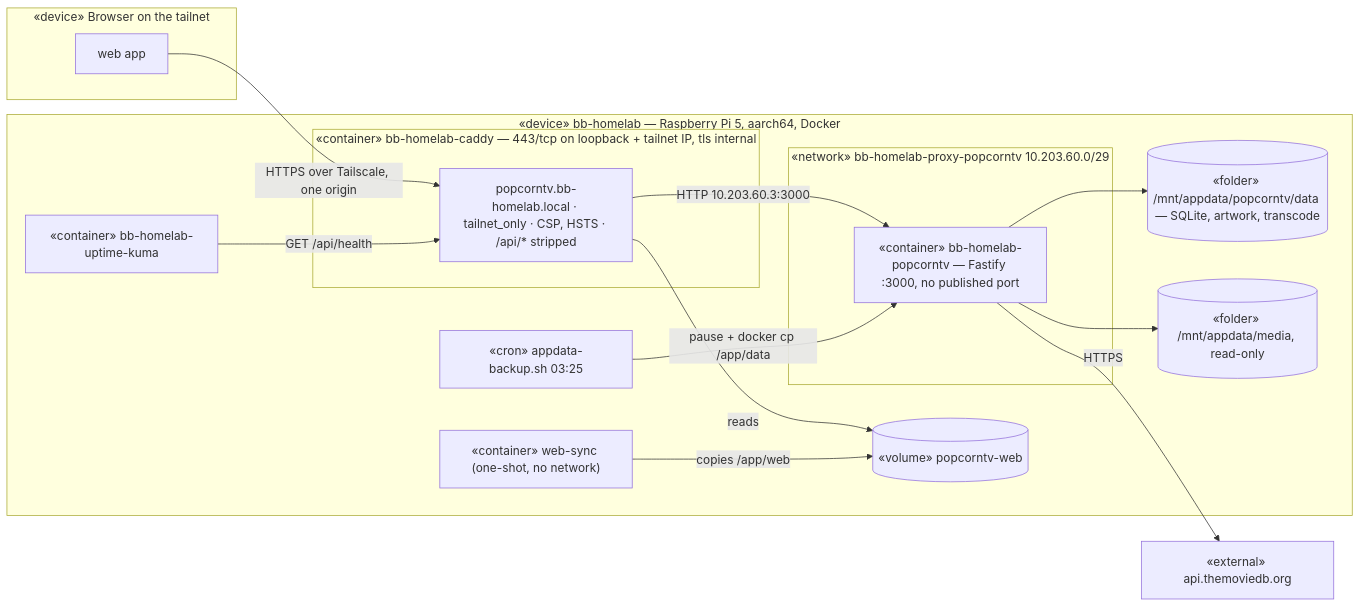
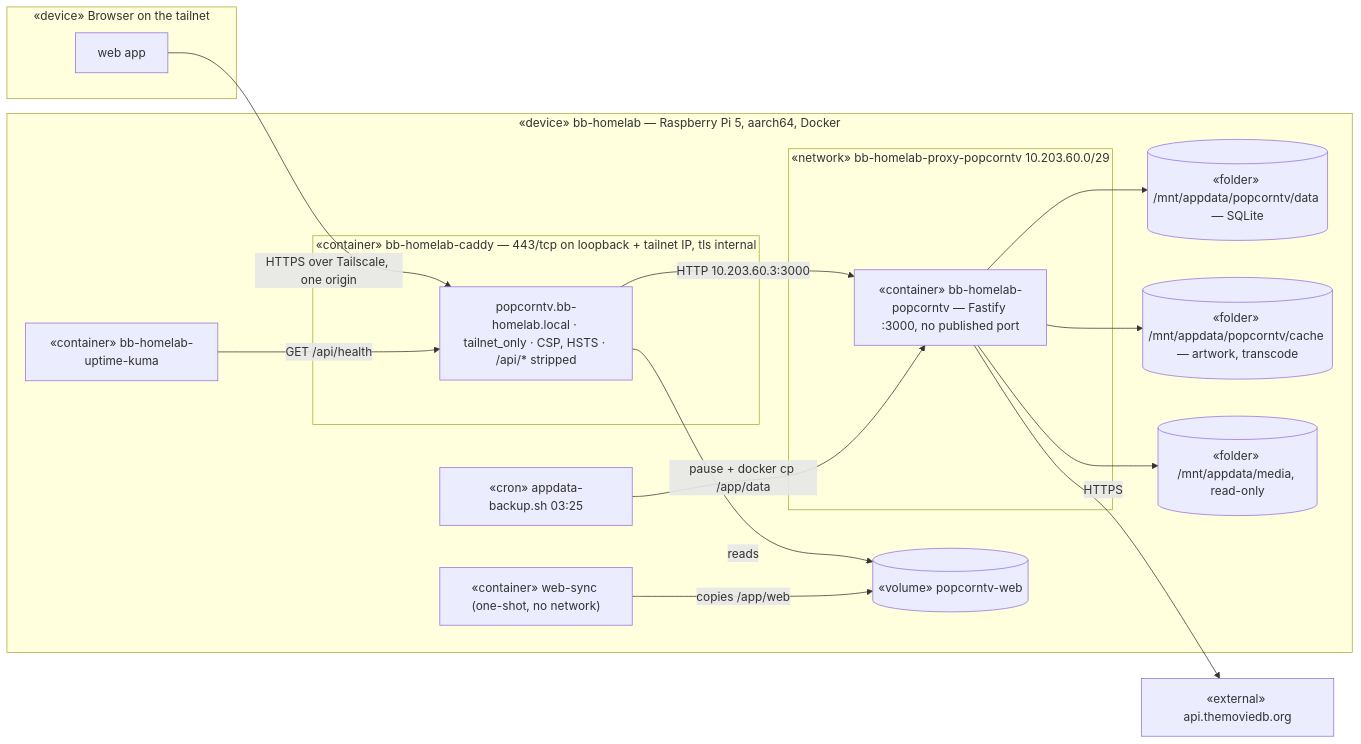
The diagram in docs/architecture/diagrams/deploy/08-deployment-prod.md (benoit-bremaud/popcorntv), drawn with Mermaid before and after one commit. The commit also changed 3 other files, not shown here.

````diff
--- a/docs/architecture/diagrams/deploy/08-deployment-prod.md
+++ b/docs/architecture/diagrams/deploy/08-deployment-prod.md
@@ -14,32 +14,34 @@
 ```mermaid
 flowchart LR
   subgraph Client["«device» Browser on the tailnet"]
     Web["web app"]
   end
 
   subgraph Pi["«device» bb-homelab — Raspberry Pi 5, aarch64, Docker"]
     subgraph Caddy["«container» bb-homelab-caddy — 443/tcp on loopback + tailnet IP, tls internal"]
       Site["popcorntv.bb-homelab.local · tailnet_only · CSP, HSTS · /api/* stripped"]
     end
     subgraph Net["«network» bb-homelab-proxy-popcorntv 10.203.60.0/29"]
       App["«container» bb-homelab-popcorntv — Fastify :3000, no published port"]
     end
     Sync["«container» web-sync (one-shot, no network)"]
     WebVol[("«volume» popcorntv-web")]
-    Data[("«folder» /mnt/appdata/popcorntv/data — SQLite, artwork, transcode")]
+    Data[("«folder» /mnt/appdata/popcorntv/data — SQLite")]
+    Cache[("«folder» /mnt/appdata/popcorntv/cache — artwork, transcode")]
     Media[("«folder» /mnt/appdata/media, read-only")]
     Kuma["«container» bb-homelab-uptime-kuma"]
     Backup["«cron» appdata-backup.sh 03:25"]
   end
   TMDB["«external» api.themoviedb.org"]
 
   Web -->|"HTTPS over Tailscale, one origin"| Site
   Site -->|"HTTP 10.203.60.3:3000"| App
   Site -->|"reads"| WebVol
   Sync -->|"copies /app/web"| WebVol
   App --> Data
+  App --> Cache
   App --> Media
   App -->|"HTTPS"| TMDB
   Kuma -->|"GET /api/health"| Site
   Backup -->|"pause + docker cp /app/data"| App
 ```
````
